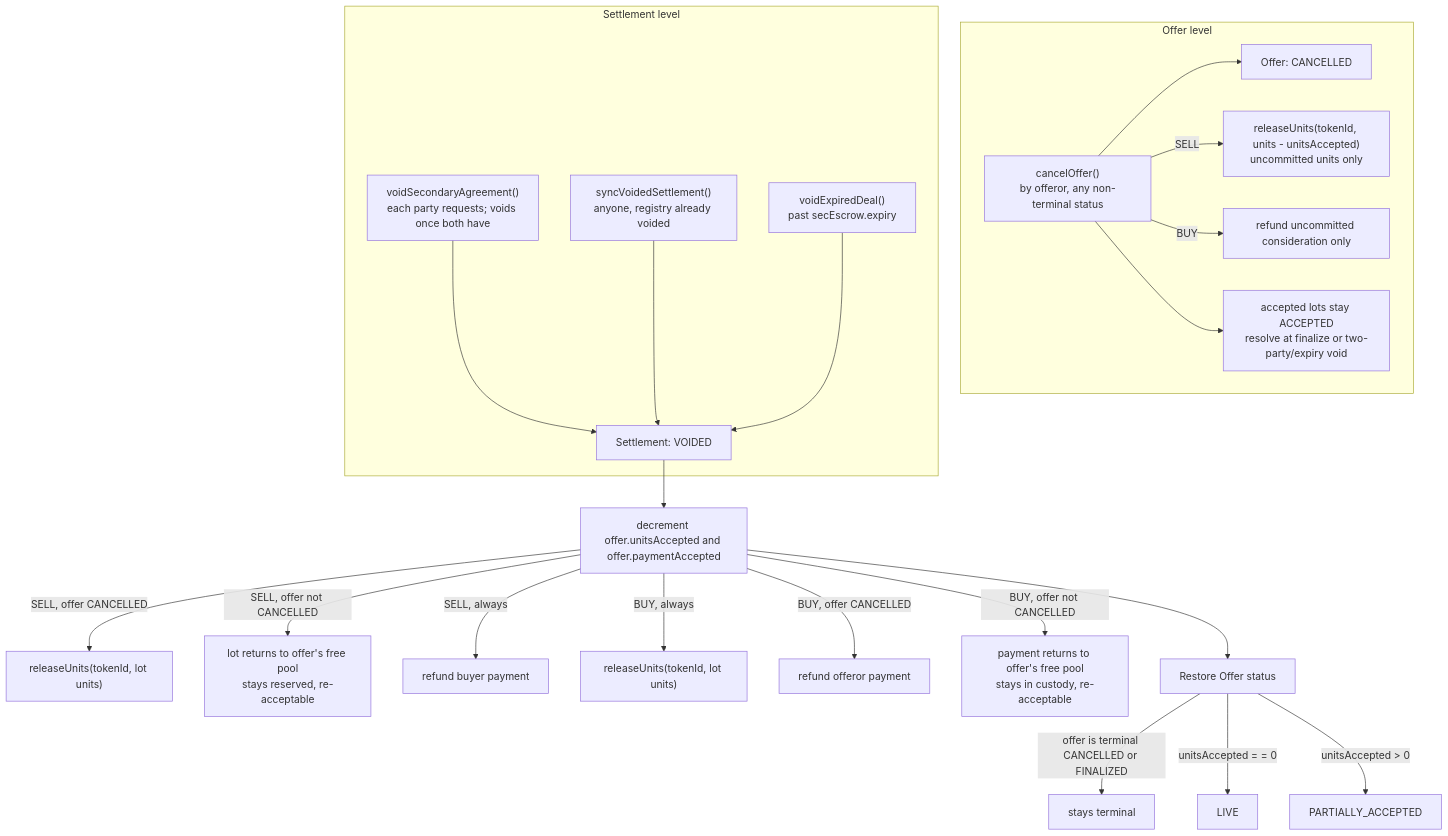
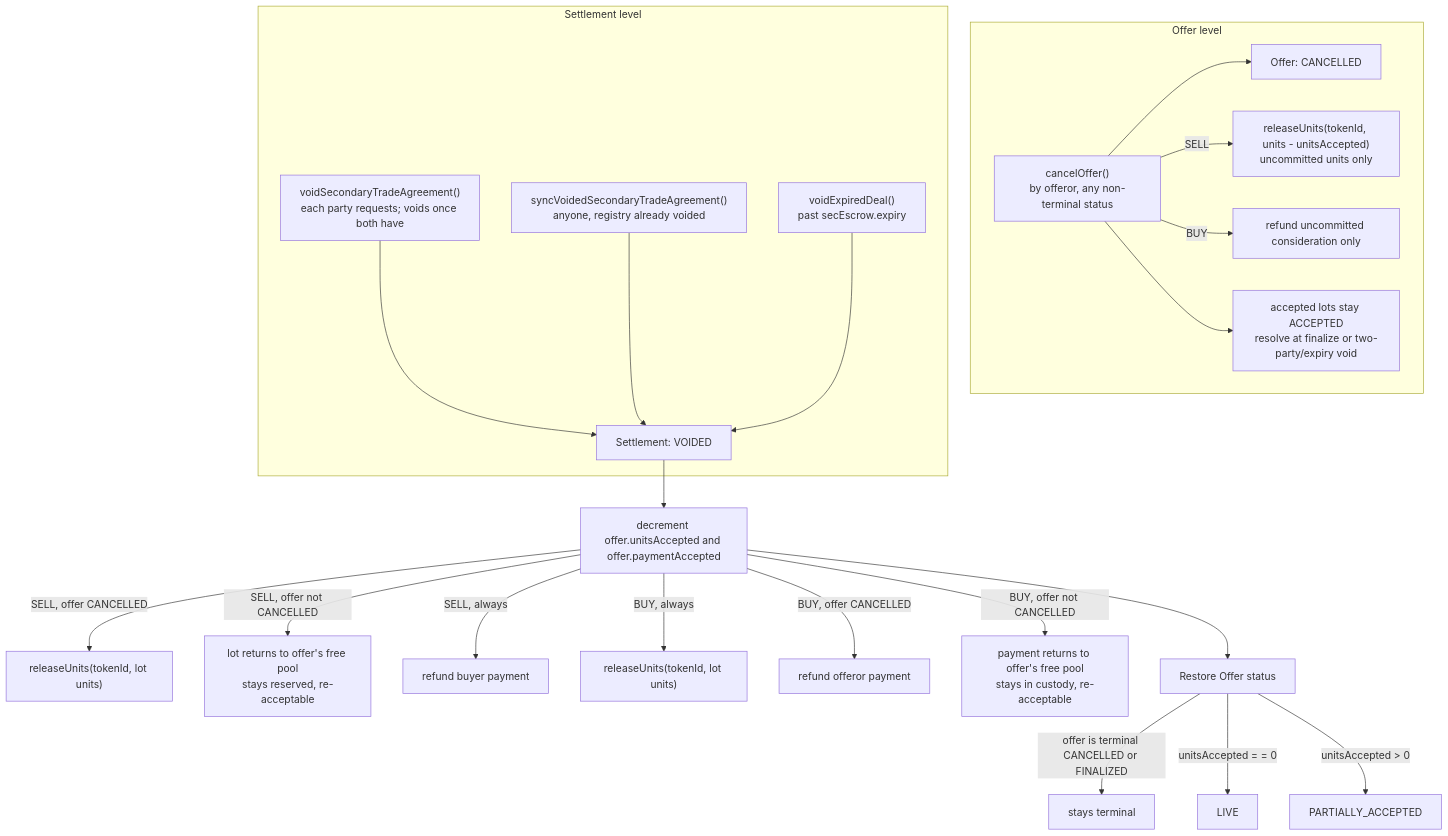
Before and after one commit to MetaLex-Tech/cybercorps-contracts: the sixth of 6 diagrams in specs/analysis/dealManager secondary trades.md, drawn with Mermaid. The commit also changed other lines of this file and 8 other files, not shown here.

Commit message:
feat: clean separation between primary and secondary trade functions and events

````diff
--- a/specs/analysis/dealManager secondary trades.md
+++ b/specs/analysis/dealManager secondary trades.md
@@ -224,33 +224,33 @@
 ```mermaid
 flowchart TD
     subgraph OFFER_LEVEL["Offer level"]
         CO["cancelOffer()<br/>by offeror, any non-terminal status"]
         OC["Offer: CANCELLED"]
         CO --> OC
         CO -->|SELL| RU1["releaseUnits(tokenId, units - unitsAccepted)<br/>uncommitted units only"]
         CO -->|BUY| RF1["refund uncommitted consideration only"]
         CO --> KEEP["accepted lots stay ACCEPTED<br/>resolve at finalize or two-party/expiry void"]
     end
 
     subgraph SETTLEMENT_LEVEL["Settlement level"]
-        VSA["voidSecondaryAgreement()<br/>each party requests; voids once both have"]
-        SVS["syncVoidedSettlement()<br/>anyone, registry already voided"]
+        VSA["voidSecondaryTradeAgreement()<br/>each party requests; voids once both have"]
+        SVS["syncVoidedSecondaryTradeAgreement()<br/>anyone, registry already voided"]
         VED["voidExpiredDeal()<br/>past secEscrow.expiry"]
         SV["Settlement: VOIDED"]
         VSA --> SV
         SVS --> SV
         VED --> SV
     end
 
     SV --> ACC["decrement offer.unitsAccepted and offer.paymentAccepted"]
     ACC -->|SELL, offer CANCELLED| RU2["releaseUnits(tokenId, lot units)"]
     ACC -->|SELL, offer not CANCELLED| POOL["lot returns to offer's free pool<br/>stays reserved, re-acceptable"]
     ACC -->|SELL, always| RF2["refund buyer payment"]
     ACC -->|BUY, always| RU3["releaseUnits(tokenId, lot units)"]
     ACC -->|BUY, offer CANCELLED| RF3["refund offeror payment"]
     ACC -->|BUY, offer not CANCELLED| FPOOL["payment returns to offer's free pool<br/>stays in custody, re-acceptable"]
     ACC --> OS["Restore Offer status"]
     OS -->|offer is terminal CANCELLED or FINALIZED| OS1["stays terminal"]
     OS -->|unitsAccepted = = 0| OS2["LIVE"]
     OS -->|unitsAccepted > 0| OS3["PARTIALLY_ACCEPTED"]
 ```
````
